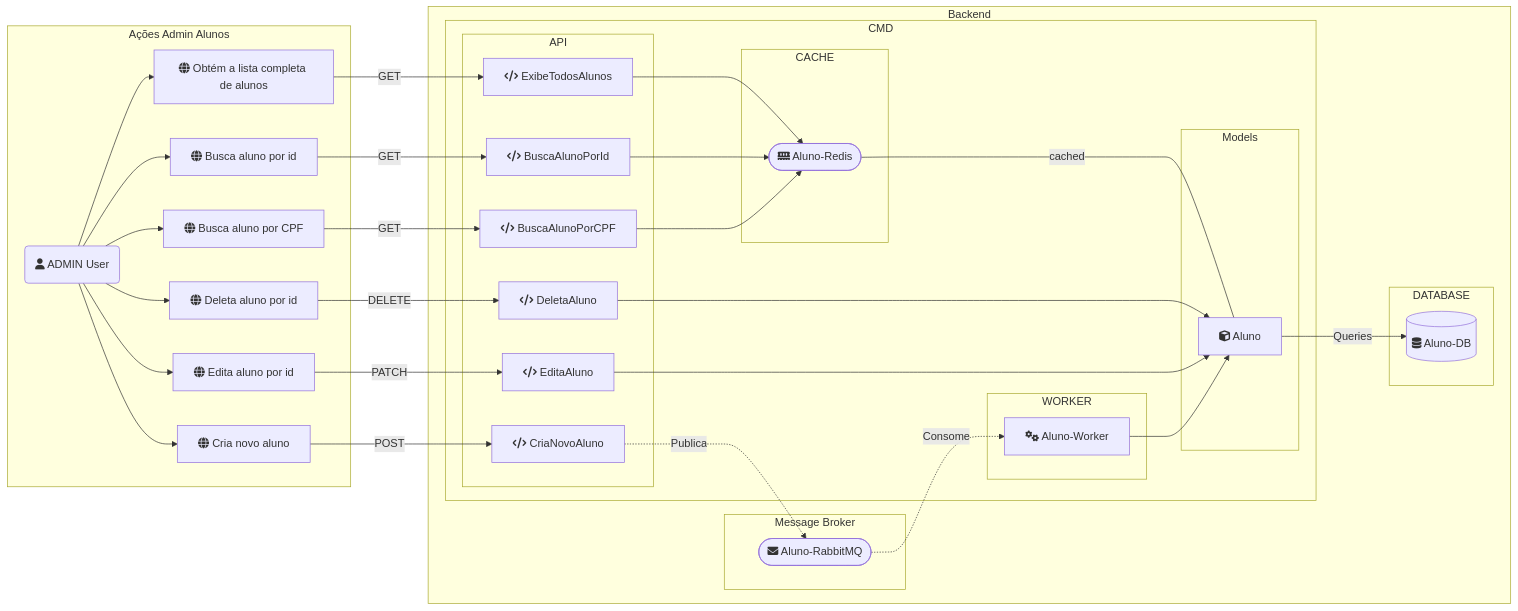
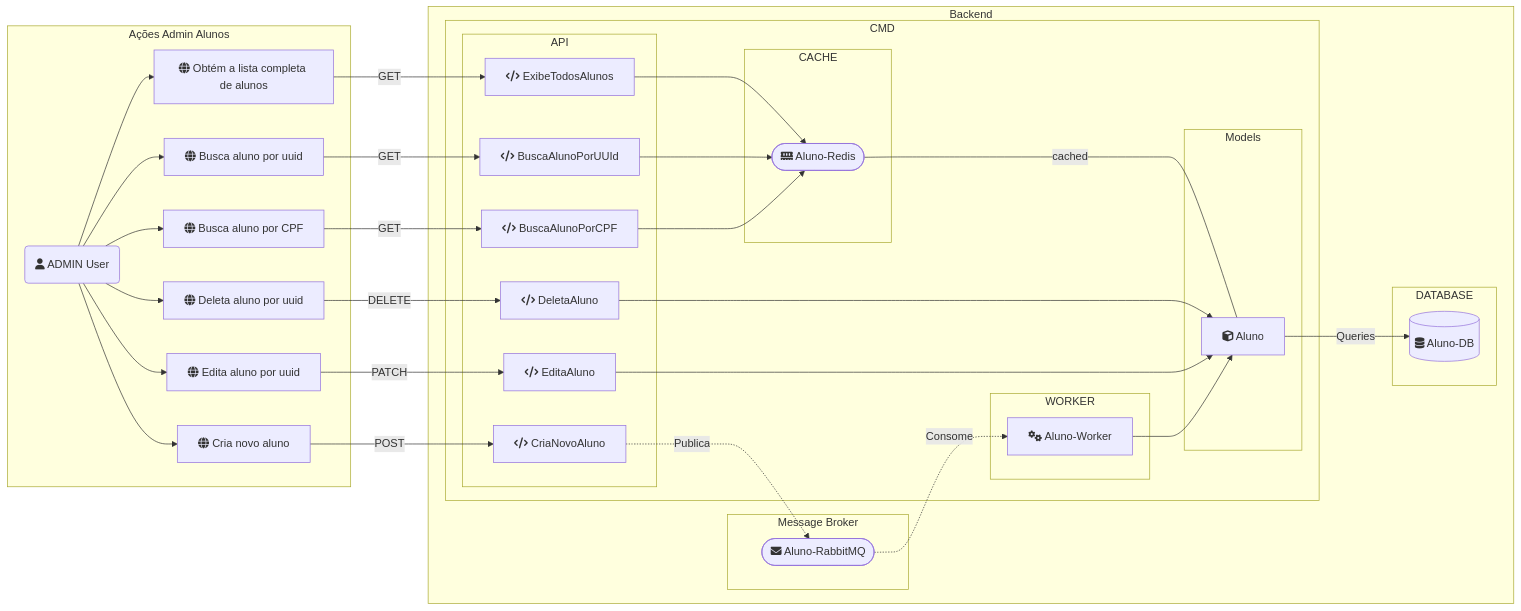
Before and after one commit to jtonynet/api-gin-rest: the first of 2 diagrams in README.md, drawn with Mermaid. The commit also changed other lines of this file and 18 other files, not shown here.

````diff
--- a/README.md
+++ b/README.md
@@ -174,74 +146,74 @@
 ```mermaid
 graph LR
   subgraph Ações Admin Alunos
     A(fa:fa-user ADMIN User)
     B["fa:fa-globe Cria novo aluno"]
     C["fa:fa-globe Obtém a lista completa de alunos"]
-    D["fa:fa-globe Busca aluno por id"]
-    E["fa:fa-globe Deleta aluno por id"]
-    F["fa:fa-globe Edita aluno por id"]
+    D["fa:fa-globe Busca aluno por uuid"]
+    E["fa:fa-globe Deleta aluno por uuid"]
+    F["fa:fa-globe Edita aluno por uuid"]
     G["fa:fa-globe Busca aluno por CPF"]
   end
 
   subgraph Backend 
     subgraph Message Broker
         RabbitMQ(["fa:fa-envelope  Aluno-RabbitMQ"])
     end
 
     subgraph CMD
       subgraph WORKER
         Worker["fa:fa-gears  Aluno-Worker"]
       end
 
       subgraph API
         CriaNovoAluno["fa:fa-code CriaNovoAluno"]
         ExibeTodosAlunos["fa:fa-code ExibeTodosAlunos"]
-        BuscaAlunoPorId["fa:fa-code BuscaAlunoPorId"]
+        BuscaAlunoPorUUId["fa:fa-code BuscaAlunoPorUUId"]
         DeletaAluno["fa:fa-code DeletaAluno"]
         EditaAluno["fa:fa-code EditaAluno"]
         BuscaAlunoPorCPF["fa:fa-code BuscaAlunoPorCPF"]
       end
 
       subgraph CACHE
         Aluno-Redis(["fa:fa-memory Aluno-Redis"])
       end 
 
       subgraph Models
         Aluno["fa:fa-cube Aluno"]
       end
     end
 
     subgraph DATABASE
       Aluno-DB[("fa:fa-database Aluno-DB")]
     end 
    
   end
 
   A --> B
   A --> C
   A --> D
   A --> E
   A --> F
   A --> G
 
   C -->|GET| ExibeTodosAlunos
-  D -->|GET| BuscaAlunoPorId
+  D -->|GET| BuscaAlunoPorUUId
   E -->|DELETE| DeletaAluno
   F -->|PATCH| EditaAluno
   G -->|GET| BuscaAlunoPorCPF
 
   ExibeTodosAlunos --> Aluno-Redis
-  BuscaAlunoPorId --> Aluno-Redis
+  BuscaAlunoPorUUId --> Aluno-Redis
   BuscaAlunoPorCPF --> Aluno-Redis
   Aluno-Redis ---|cached| Aluno
   DeletaAluno --> Aluno
   EditaAluno --> Aluno
 
   Aluno -->|Queries| Aluno-DB
   B -->|POST| CriaNovoAluno
 
   CriaNovoAluno -.->|Publica| RabbitMQ
   RabbitMQ -.->|Consome| Worker
 
   Worker --> Aluno
 ```
````
